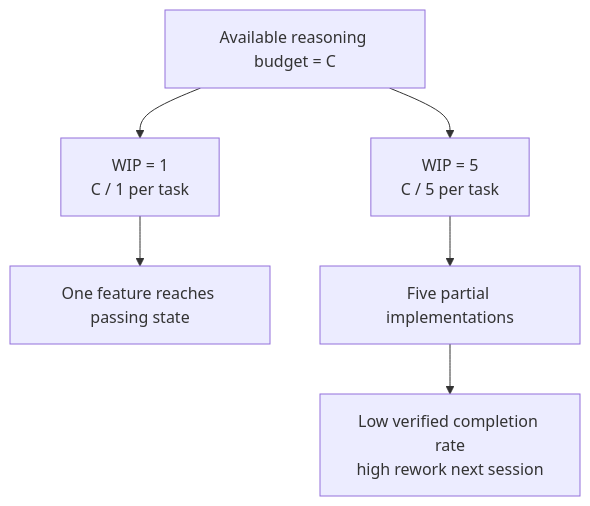
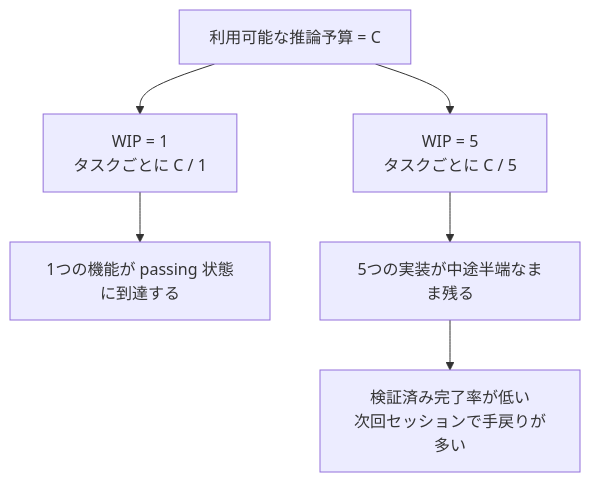
One commit to mkusaka/learn-harness-engineering changed the second of 2 diagrams in docs/en/lectures/lecture-07-why-agents-overreach-and-under-finish/index.md. Above: the diagram before and after it, drawn with Mermaid. The commit also changed other lines of this file and 571 other files, not shown here.

````diff
--- a/docs/en/lectures/lecture-07-why-agents-overreach-and-under-finish/index.md
+++ b/docs/en/lectures/lecture-07-why-agents-overreach-and-under-finish/index.md
@@ -43,9 +43,9 @@
 ```mermaid
 flowchart TB
-    Budget["Available reasoning budget = C"] --> One["WIP = 1<br/>C / 1 per task"]
-    Budget --> Many["WIP = 5<br/>C / 5 per task"]
+    Budget["利用可能な推論予算 = C"] --> One["WIP = 1<br/>タスクごとに C / 1"]
+    Budget --> Many["WIP = 5<br/>タスクごとに C / 5"]
 
-    One --> Finish["One feature reaches passing state"]
-    Many --> Partial["Five partial implementations"]
-    Partial --> VCR["Low verified completion rate<br/>high rework next session"]
+    One --> Finish["1つの機能が passing 状態に到達する"]
+    Many --> Partial["5つの実装が中途半端なまま残る"]
+    Partial --> VCR["検証済み完了率が低い<br/>次回セッションで手戻りが多い"]
 ```
````
